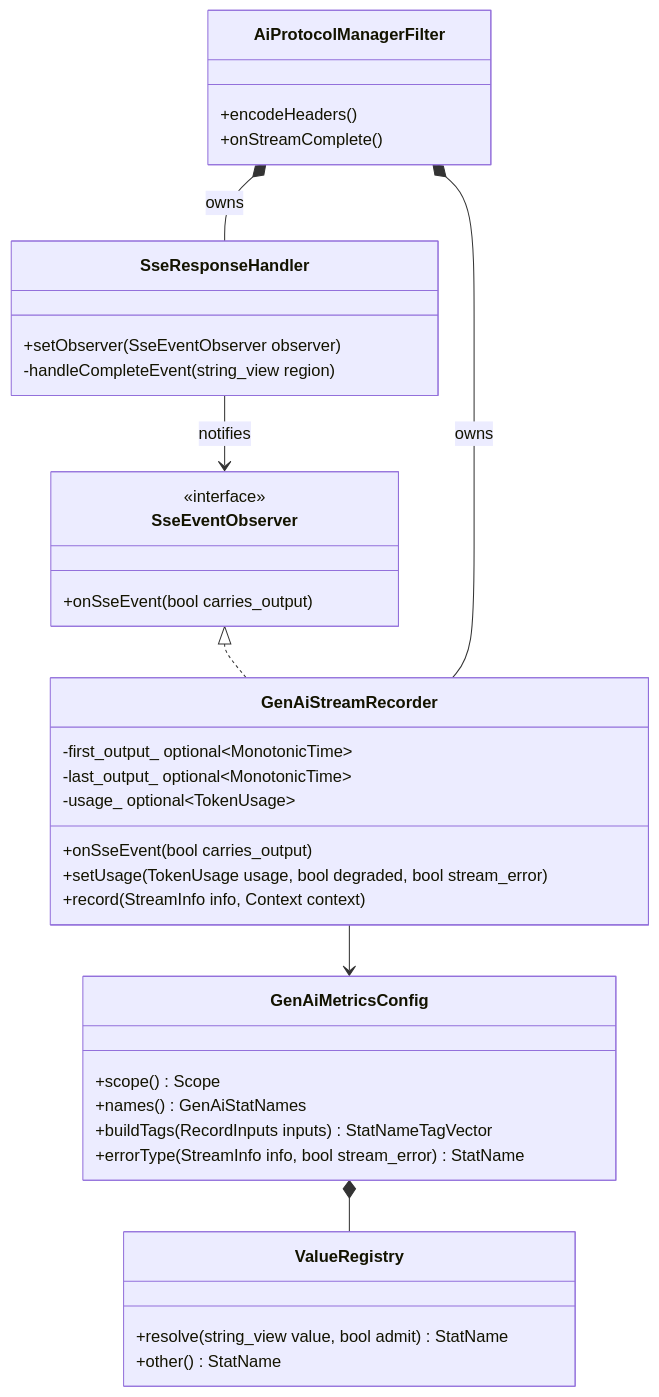
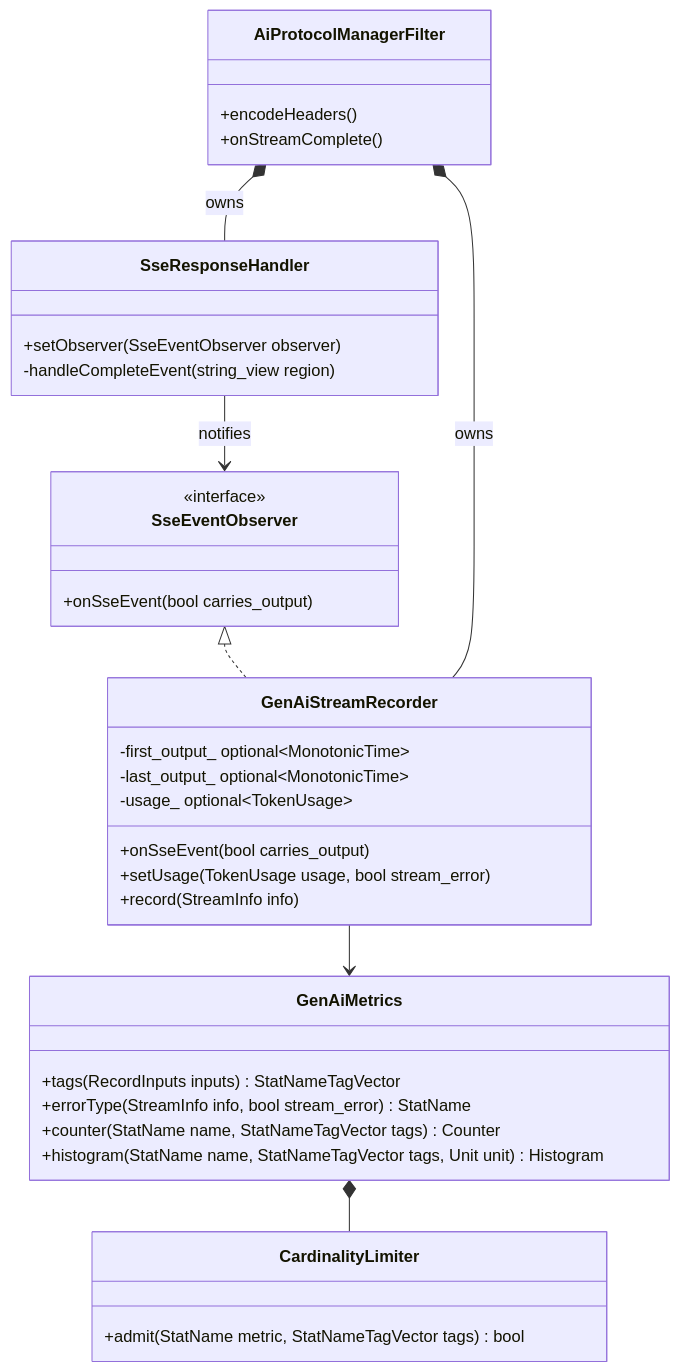
Before and after one commit to botengyao/envoy: the third of 5 diagrams in source/docs/ai_gen_ai_semconv.md, drawn with Mermaid. The commit also changed other lines of this file, not shown here.

Commit message:
ai_protocol_manager: make the GenAI metrics plan config-free

````diff
--- a/source/docs/ai_gen_ai_semconv.md
+++ b/source/docs/ai_gen_ai_semconv.md
@@ -153,39 +189,38 @@
 ```mermaid
 classDiagram
   class SseEventObserver {
     <<interface>>
     +onSseEvent(bool carries_output)
   }
   class GenAiStreamRecorder {
     -first_output_ optional~MonotonicTime~
     -last_output_ optional~MonotonicTime~
     -usage_ optional~TokenUsage~
     +onSseEvent(bool carries_output)
-    +setUsage(TokenUsage usage, bool degraded, bool stream_error)
-    +record(StreamInfo info, Context context)
+    +setUsage(TokenUsage usage, bool stream_error)
+    +record(StreamInfo info)
   }
-  class GenAiMetricsConfig {
-    +scope() Scope
-    +names() GenAiStatNames
-    +buildTags(RecordInputs inputs) StatNameTagVector
+  class GenAiMetrics {
+    +tags(RecordInputs inputs) StatNameTagVector
     +errorType(StreamInfo info, bool stream_error) StatName
+    +counter(StatName name, StatNameTagVector tags) Counter
+    +histogram(StatName name, StatNameTagVector tags, Unit unit) Histogram
   }
-  class ValueRegistry {
-    +resolve(string_view value, bool admit) StatName
-    +other() StatName
+  class CardinalityLimiter {
+    +admit(StatName metric, StatNameTagVector tags) bool
   }
   class AiProtocolManagerFilter {
     +encodeHeaders()
     +onStreamComplete()
   }
   class SseResponseHandler {
     +setObserver(SseEventObserver observer)
     -handleCompleteEvent(string_view region)
   }
   SseEventObserver <|.. GenAiStreamRecorder
   AiProtocolManagerFilter *-- GenAiStreamRecorder : owns
   AiProtocolManagerFilter *-- SseResponseHandler : owns
   SseResponseHandler --> SseEventObserver : notifies
-  GenAiStreamRecorder --> GenAiMetricsConfig
-  GenAiMetricsConfig *-- ValueRegistry
+  GenAiStreamRecorder --> GenAiMetrics
+  GenAiMetrics *-- CardinalityLimiter
 ```
````
